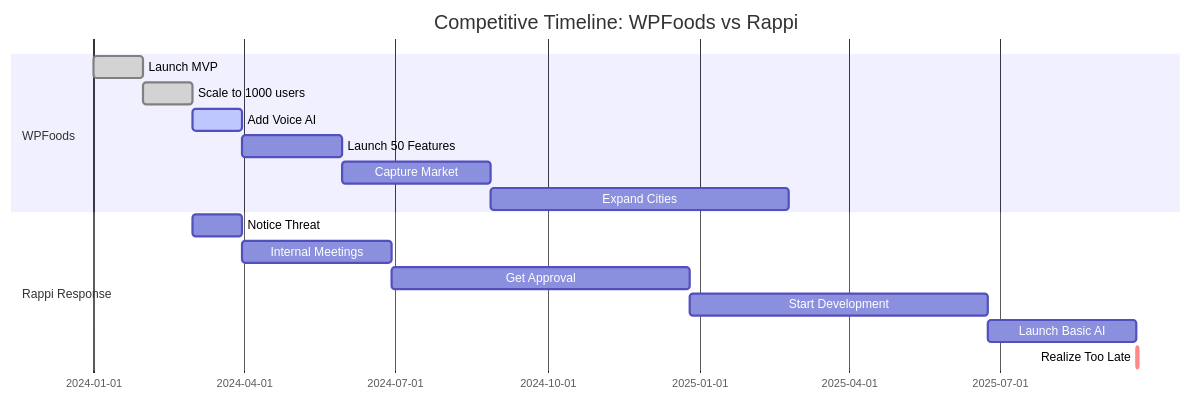
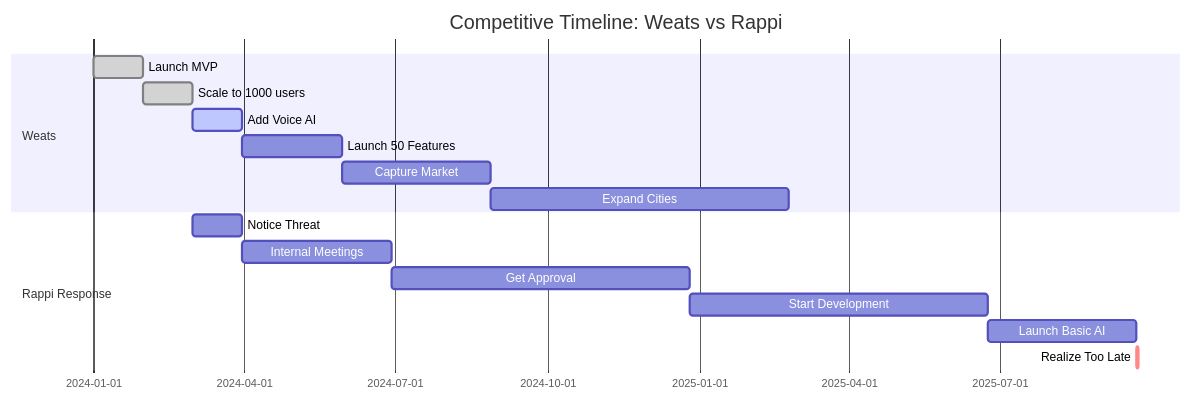
The diagram in docs/weats/ai-competitive-advantage.md (neeroai/weats), drawn with Mermaid before and after one commit. The commit also changed other lines of this file and 121 other files, not shown here.

First line of the commit message:
refactor: complete Weats.ai rebrand and architecture update

````diff
--- a/docs/weats/ai-competitive-advantage.md
+++ b/docs/weats/ai-competitive-advantage.md
@@ -1513,20 +1513,20 @@
 ```mermaid
 gantt
-    title Competitive Timeline: WPFoods vs Rappi
+    title Competitive Timeline: Weats vs Rappi
     dateFormat  YYYY-MM-DD
-    section WPFoods
+    section Weats
     Launch MVP           :done, wpf1, 2024-01-01, 30d
     Scale to 1000 users  :done, wpf2, after wpf1, 30d
     Add Voice AI         :active, wpf3, after wpf2, 30d
     Launch 50 Features   :wpf4, after wpf3, 60d
     Capture Market       :wpf5, after wpf4, 90d
     Expand Cities        :wpf6, after wpf5, 180d
 
     section Rappi Response
     Notice Threat        :rap1, 2024-03-01, 30d
     Internal Meetings    :rap2, after rap1, 90d
     Get Approval         :rap3, after rap2, 180d
     Start Development    :rap4, after rap3, 180d
     Launch Basic AI      :rap5, after rap4, 90d
     Realize Too Late     :crit, rap6, after rap5, 1d
 ```
````
